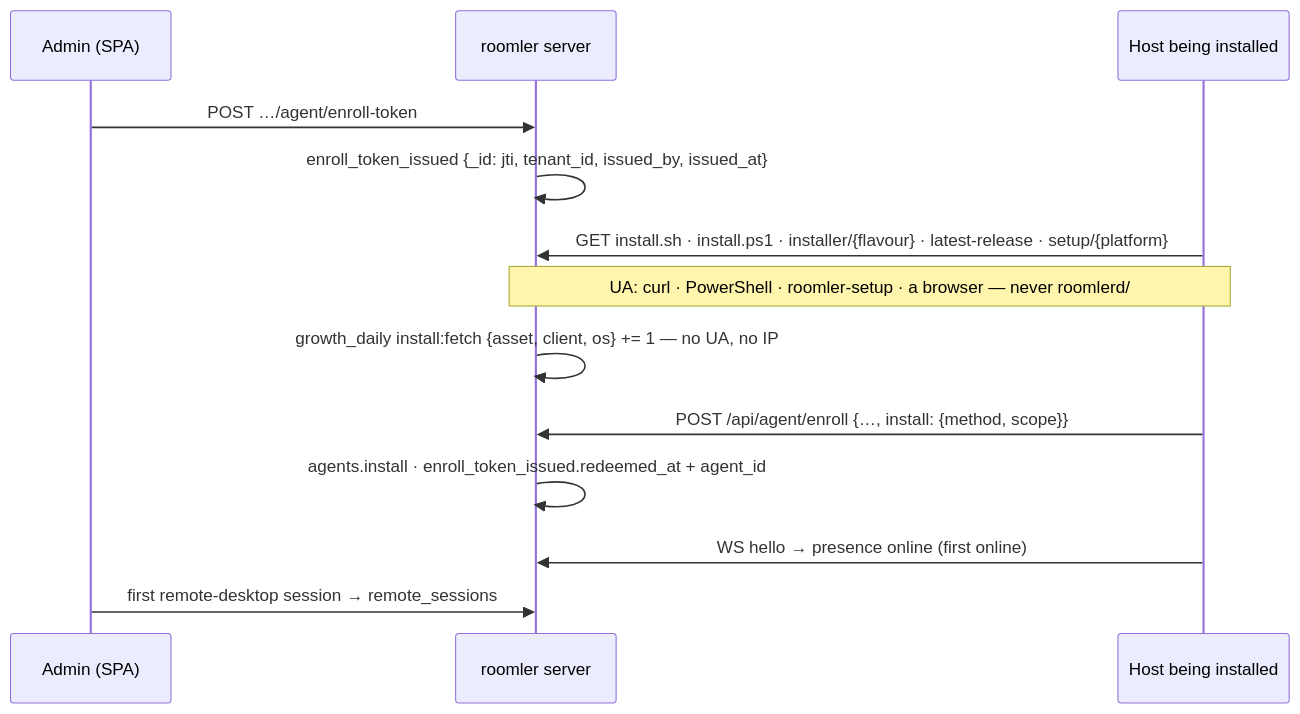
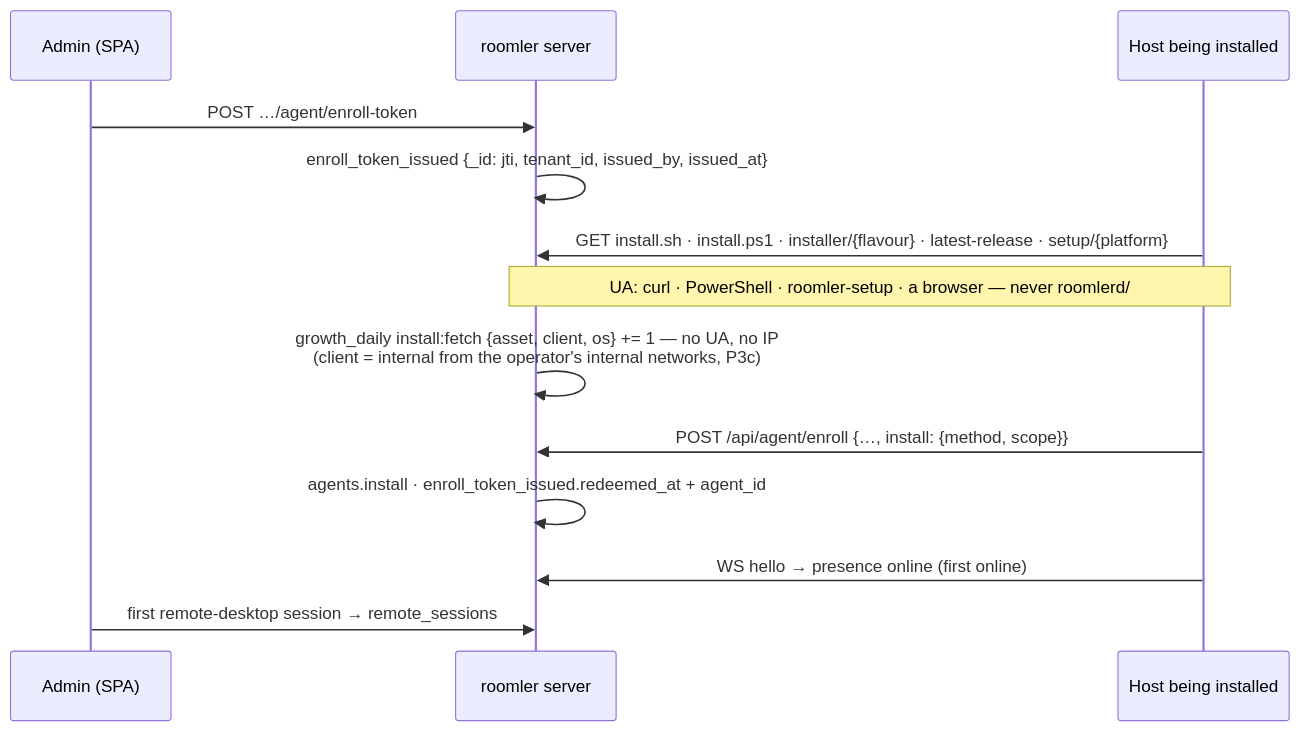
Before and after one commit to gjovanov/roomler-ai: the sixth of 17 diagrams in docs/growth-observability.md, drawn with Mermaid. The commit also changed other lines of this file and 18 other files, not shown here.

First line of the commit message:
fix(fr-102): P3c — the lab's own installs stop inflating the install fetch counters (#2127) (#2378)

````diff
--- a/docs/growth-observability.md
+++ b/docs/growth-observability.md
@@ -342,15 +344,15 @@
 ```mermaid
 sequenceDiagram
     participant A as Admin (SPA)
     participant S as roomler server
     participant H as Host being installed
     A->>S: POST …/agent/enroll-token
     S->>S: enroll_token_issued {_id: jti, tenant_id, issued_by, issued_at}
     H->>S: GET install.sh · install.ps1 · installer/{flavour} · latest-release · setup/{platform}
     Note over H,S: UA: curl · PowerShell · roomler-setup · a browser — never roomlerd/
-    S->>S: growth_daily install:fetch {asset, client, os} += 1 — no UA, no IP
+    S->>S: growth_daily install:fetch {asset, client, os} += 1 — no UA, no IP<br/>(client = internal from the operator's internal networks, P3c)
     H->>S: POST /api/agent/enroll {…, install: {method, scope}}
     S->>S: agents.install · enroll_token_issued.redeemed_at + agent_id
     H->>S: WS hello → presence online (first online)
     A->>S: first remote-desktop session → remote_sessions
 ```
````
